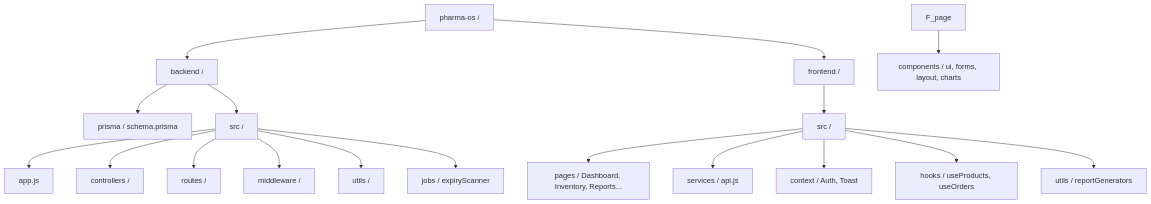
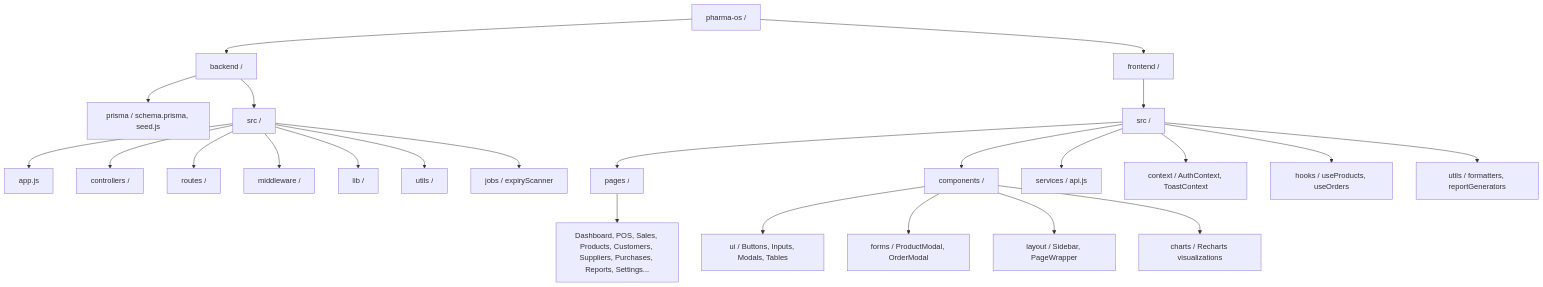
One commit to Skillyme-Cohort-1/pharmaOS changed the diagram in README.md. Above: the diagram before and after it, drawn with Mermaid. The commit also changed other lines of this file, not shown here.

````diff
--- a/README.md
+++ b/README.md
@@ -23,22 +45,28 @@
 ```mermaid
 graph TD
     Root[pharma-os /] --> BE[backend /]
     Root --> FE[frontend /]
-    
-    BE --> B_Prisma[prisma / schema.prisma]
+
+    BE --> B_Prisma[prisma / schema.prisma, seed.js]
     BE --> B_Src[src /]
     B_Src --> B_App[app.js]
     B_Src --> B_Ctrl[controllers /]
     B_Src --> B_Route[routes /]
     B_Src --> B_Mid[middleware /]
+    B_Src --> B_Lib[lib /]
     B_Src --> B_Utils[utils /]
     B_Src --> B_Jobs[jobs / expiryScanner]
 
     FE --> F_Src[src /]
-    F_Src --> F_Page[pages / Dashboard, Inventory, Reports...]
-    F_page --> F_Comp[components / ui, forms, layout, charts]
+    F_Src --> F_Page[pages /]
+    F_Page --> F_Pages[Dashboard, POS, Sales, Products, Customers, Suppliers, Purchases, Reports, Settings...]
+    F_Src --> F_Comp[components /]
+    F_Comp --> F_UI[ui / Buttons, Inputs, Modals, Tables]
+    F_Comp --> F_Forms[forms / ProductModal, OrderModal]
+    F_Comp --> F_Layout[layout / Sidebar, PageWrapper]
+    F_Comp --> F_Charts[charts / Recharts visualizations]
     F_Src --> F_Svc[services / api.js]
-    F_Src --> F_Ctx[context / Auth, Toast]
+    F_Src --> F_Ctx[context / AuthContext, ToastContext]
     F_Src --> F_Hooks[hooks / useProducts, useOrders]
-    F_Src --> F_Utils[utils / reportGenerators]
+    F_Src --> F_Utils[utils / formatters, reportGenerators]
 ```
````
